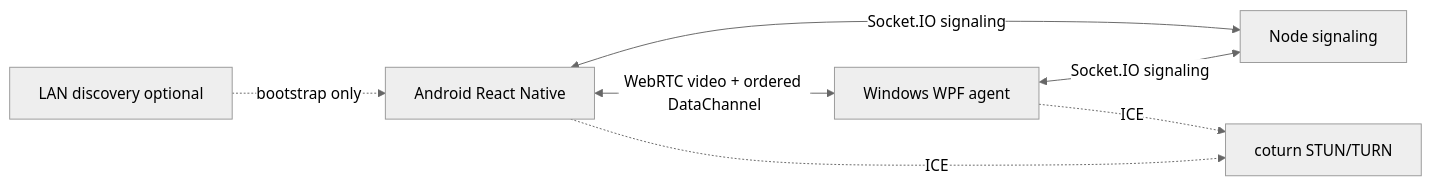
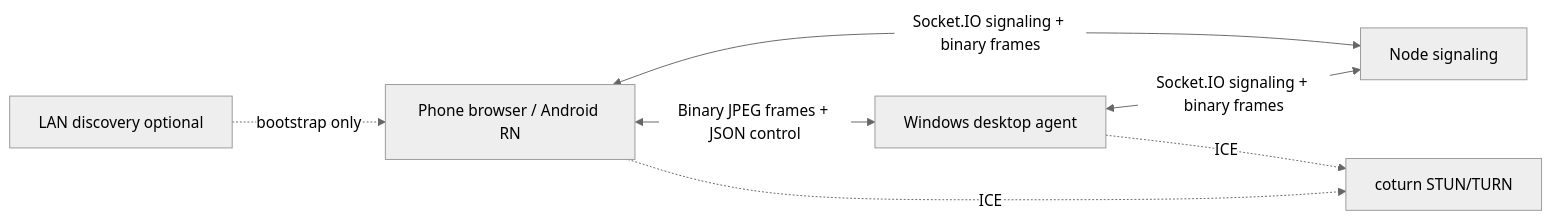
The diagram in docs/architecture.md (adarsh642/pc-useby-phone), drawn with Mermaid (neutral theme) before and after one commit. The commit also changed other lines of this file and 11 other files, not shown here.

````diff
--- a/docs/architecture.md
+++ b/docs/architecture.md
@@ -8,9 +10,9 @@
 ```mermaid
 flowchart LR
-  A[Android React Native] <-->|Socket.IO signaling| S[Node signaling]
-  W[Windows WPF agent] <-->|Socket.IO signaling| S
-  A <-->|WebRTC video + ordered DataChannel| W
+  A[Phone browser / Android RN] <-->|Socket.IO signaling + binary frames| S[Node signaling]
+  W[Windows desktop agent] <-->|Socket.IO signaling + binary frames| S
+  A <-->|Binary JPEG frames + JSON control| W
   A -. ICE .-> T[coturn STUN/TURN]
   W -. ICE .-> T
   L[LAN discovery optional] -. bootstrap only .-> A
 ```
````
